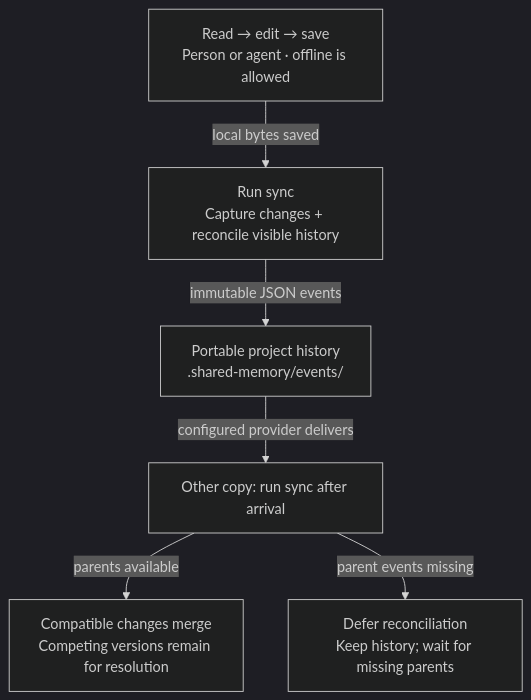
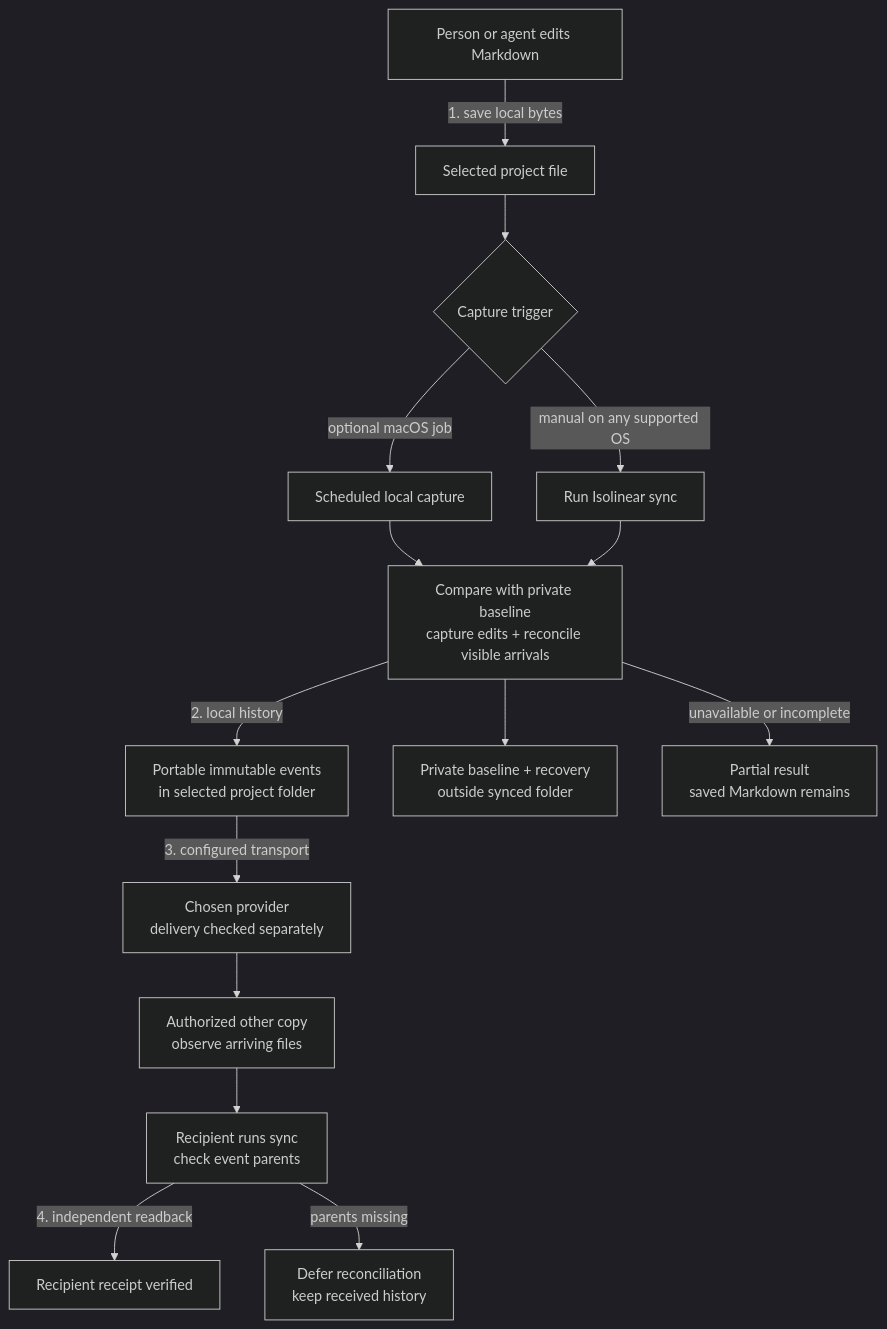
Before and after one commit to Kian-hdr/isolinear-memory: the third of 5 diagrams in README.md, drawn with Mermaid (dark theme). The commit also changed other lines of this file and 12 other files, not shown here.

First line of the commit message:
Refresh Isolinear Memory README and system diagrams

````diff
--- a/README.md
+++ b/README.md
@@ -102,10 +143,19 @@
 ```mermaid
 flowchart TB
-  accTitle: Save locally, capture history, reconcile arrivals
-  accDescr: Direct editing requires no approval queue. Saving is local. Sync records history; the separately configured provider delivers files. Received history is reconciled only when parents are present, with conflicts retained.
-  E["Read → edit → save<br/>Person or agent · offline is allowed"] -->|"local bytes saved"| S["Run sync<br/>Capture changes + reconcile visible history"]
-  S -->|"immutable JSON events"| H["Portable project history<br/>.shared-memory/events/"]
-  H -->|"configured provider delivers"| R["Other copy: run sync after arrival"]
-  R -->|"parents available"| C["Compatible changes merge<br/>Competing versions remain for resolution"]
-  R -->|"parent events missing"| W["Defer reconciliation<br/>Keep history; wait for missing parents"]
+  accTitle: Local save, history capture, provider delivery and recipient receipt
+  accDescr: A Markdown save is local. Manual sync or an optional macOS capture job records history and private baseline state. A separately configured provider may deliver project files. A recipient must observe and sync them; missing sources or parents remain partial.
+  E["Person or agent edits Markdown"] -->|"1. save local bytes"| S["Selected project file"]
+  S --> T{"Capture trigger"}
+  T -->|"manual on any supported OS"| M["Run Isolinear sync"]
+  T -->|"optional macOS job"| A["Scheduled local capture"]
+  A --> X["Compare with private baseline<br/>capture edits + reconcile visible arrivals"]
+  M --> X
+  X -->|"2. local history"| H["Portable immutable events<br/>in selected project folder"]
+  X --> B["Private baseline + recovery<br/>outside synced folder"]
+  X -->|"unavailable or incomplete"| Q["Partial result<br/>saved Markdown remains"]
+  H -->|"3. configured transport"| P["Chosen provider<br/>delivery checked separately"]
+  P --> R["Authorized other copy<br/>observe arriving files"]
+  R --> Y["Recipient runs sync<br/>check event parents"]
+  Y -->|"4. independent readback"| V["Recipient receipt verified"]
+  Y -->|"parents missing"| D["Defer reconciliation<br/>keep received history"]
 ```
````
